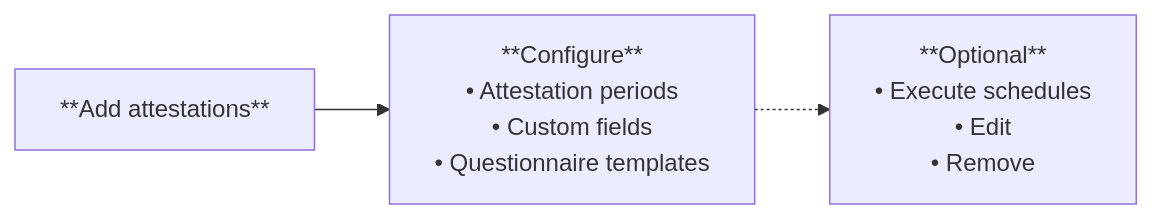
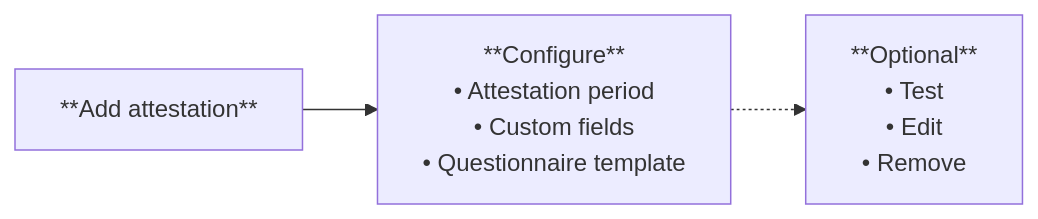
Before and after one commit to validmind/documentation: the diagram in site/guide/attestation/set-up-attestations.qmd, drawn with Mermaid. The commit also changed other lines of this file and 6 other files, not shown here.

````diff
--- a/site/guide/attestation/set-up-attestations.qmd
+++ b/site/guide/attestation/set-up-attestations.qmd
@@ -10,11 +11,11 @@
 ```{mermaid}
 flowchart LR
-    A["**Add attestations**"] --> B["**Configure**<br>• Attestation periods<br>• Custom fields<br>• Questionnaire templates"]
+    A["**Add attestation**"] --> B["**Configure**<br>• Attestation period<br>• Custom fields<br>• Questionnaire template"]
     
-    O["**Optional**<br>• Execute schedules<br>• Edit<br>• Remove"]
+    O["**Optional**<br>• Test<br>• Edit<br>• Remove"]
     B -.-> O
     
     click A "#add-attestations" "Go to Add attestations section"
     click B "#configure-attestations" "Go to Configure attestations section"
-    click O "#execute-attestation-schedules" "Go to Execute attestation schedules section"
+    click O "#test-attestation-schedules" "Go to Test attestation schedules section"
 ```
````
